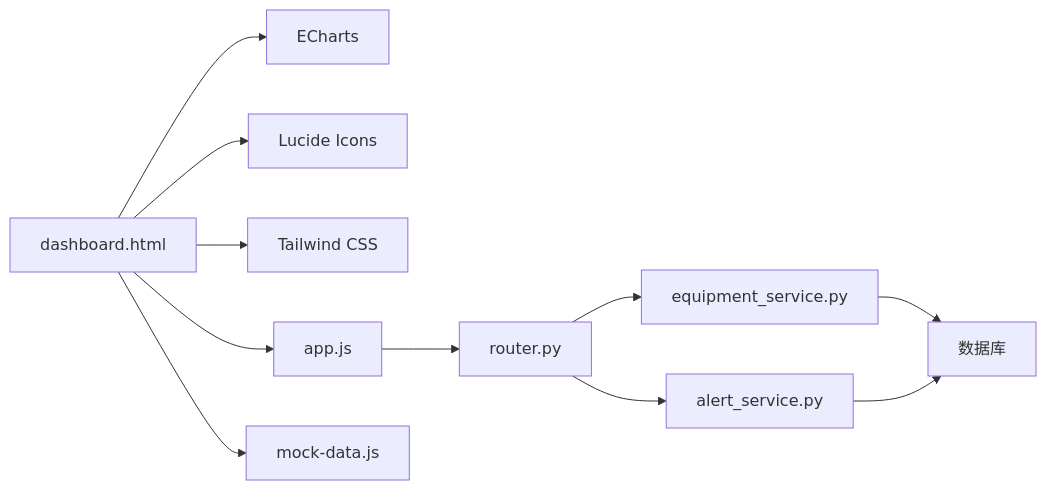
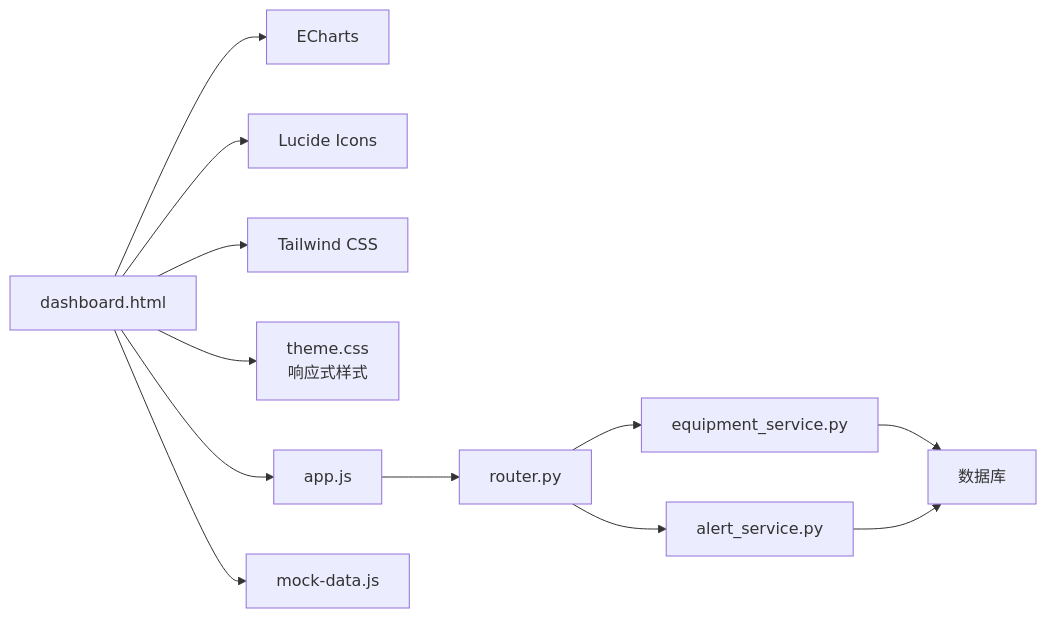
One commit to JiaStan/shizhi_system_df changed the seventh of 7 diagrams in .qoder/repowiki/zh/content/前端界面/功能模块界面/综合驾驶舱.md. Above: the diagram before and after it, drawn with Mermaid. The commit also changed other lines of this file and 13 other files, not shown here.

````diff
--- a/.qoder/repowiki/zh/content/前端界面/功能模块界面/综合驾驶舱.md
+++ b/.qoder/repowiki/zh/content/前端界面/功能模块界面/综合驾驶舱.md
@@ -265,13 +292,14 @@
 ```mermaid
 graph LR
 HTML["dashboard.html"] --> EC["ECharts"]
 HTML --> LUC["Lucide Icons"]
 HTML --> TW["Tailwind CSS"]
+HTML --> THEME["theme.css<br/>响应式样式"]
 HTML --> APPJS["app.js"]
 HTML --> MOCK["mock-data.js"]
 APPJS --> ROUTER["router.py"]
 ROUTER --> EQUIP["equipment_service.py"]
 ROUTER --> ALERT["alert_service.py"]
 EQUIP --> DB["数据库"]
 ALERT --> DB
 ```
````
